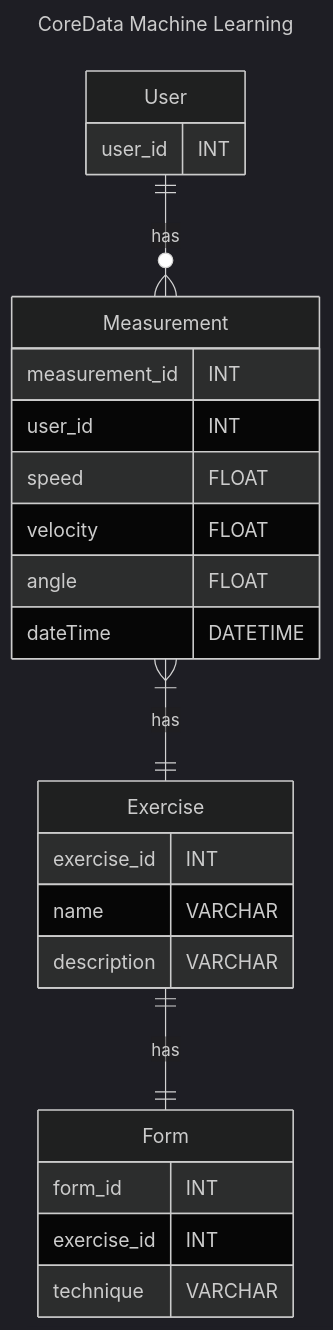
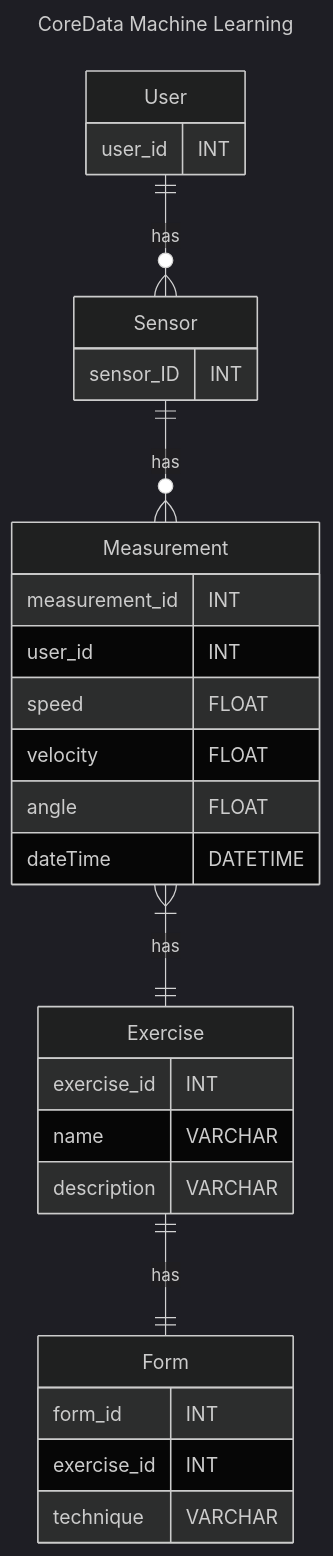
The fourth of 4 diagrams in documentation/docs/system-architecture/database-diagrams.md (Capstone-Projects-2024-Spring/project-smartweights), drawn with Mermaid (dark theme) before and after one commit.

````diff
--- a/documentation/docs/system-architecture/database-diagrams.md
+++ b/documentation/docs/system-architecture/database-diagrams.md
@@ -173,32 +173,36 @@
 ```mermaid
 ---
 title: CoreData Machine Learning 
 ---
 
 erDiagram
     User {
         user_id INT
+    }
+    Sensor{
+        sensor_ID INT
     }
     Measurement {
         measurement_id INT
         user_id INT
         speed FLOAT
         velocity FLOAT
         angle FLOAT
         dateTime DATETIME
     }
     Exercise {
         exercise_id INT
         name VARCHAR
         description VARCHAR
     }
     Form {
         form_id INT
         exercise_id INT
         technique VARCHAR
     }
-    User ||--o{ Measurement : has
+    User ||--o{ Sensor : has
+    Sensor ||--o{ Measurement: has
     Measurement }|--|| Exercise : has
     Exercise ||--|| Form : has
 
 ```
````
